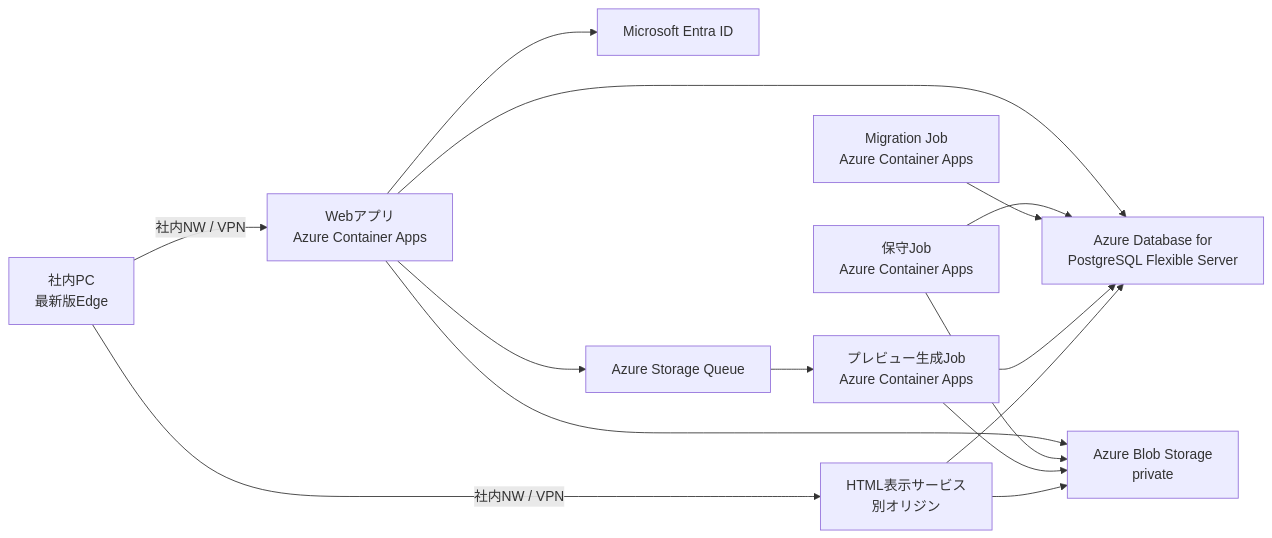
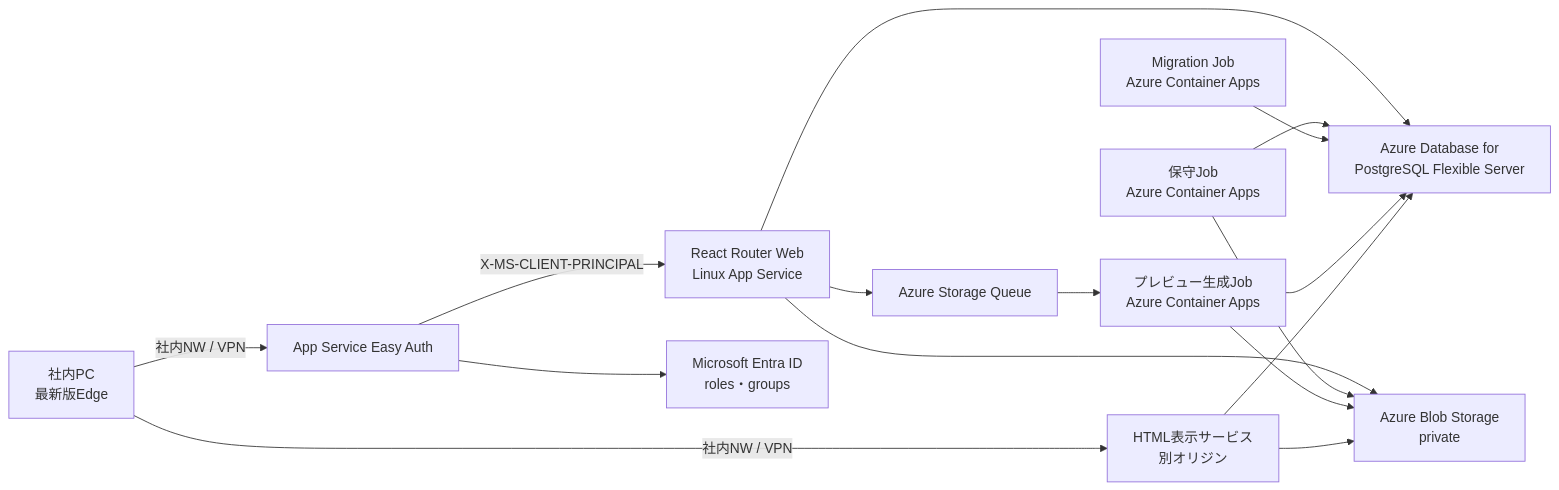
The first of 2 diagrams in docs/APPLICATION_DESIGN.md (yamatairiku-dev/siryou-mite), drawn with Mermaid before and after one commit. The commit also changed other lines of this file and 24 other files, not shown here.

Commit message:
Migrate Entra authentication to Easy Auth

````diff
--- a/docs/APPLICATION_DESIGN.md
+++ b/docs/APPLICATION_DESIGN.md
@@ -249,17 +258,18 @@
 ```mermaid
 flowchart LR
-  U["社内PC<br>最新版Edge"] -->|社内NW / VPN| APP["Webアプリ<br>Azure Container Apps"]
+  U["社内PC<br>最新版Edge"] -->|社内NW / VPN| EA["App Service Easy Auth"]
+  EA -->|X-MS-CLIENT-PRINCIPAL| APP["React Router Web<br>Linux App Service"]
   U -->|社内NW / VPN| VIEW["HTML表示サービス<br>別オリジン"]
-  APP --> ENTRA["Microsoft Entra ID"]
+  EA --> ENTRA["Microsoft Entra ID<br>roles・groups"]
   APP --> DB["Azure Database for<br>PostgreSQL Flexible Server"]
   APP --> BLOB["Azure Blob Storage<br>private"]
   APP --> QUEUE["Azure Storage Queue"]
   QUEUE --> WORKER["プレビュー生成Job<br>Azure Container Apps"]
   MAINT["保守Job<br>Azure Container Apps"] --> DB
   MAINT --> BLOB
   MIGRATE["Migration Job<br>Azure Container Apps"] --> DB
   WORKER --> BLOB
   WORKER --> DB
   VIEW --> BLOB
   VIEW --> DB
 ```
````
